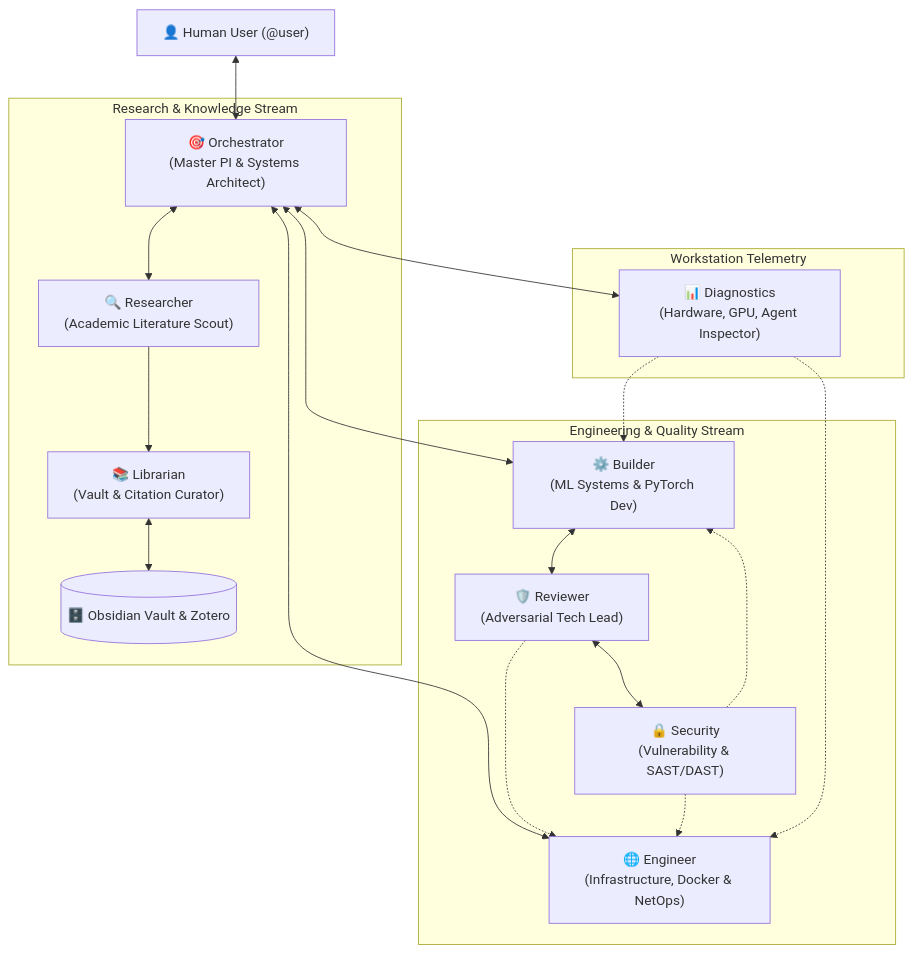
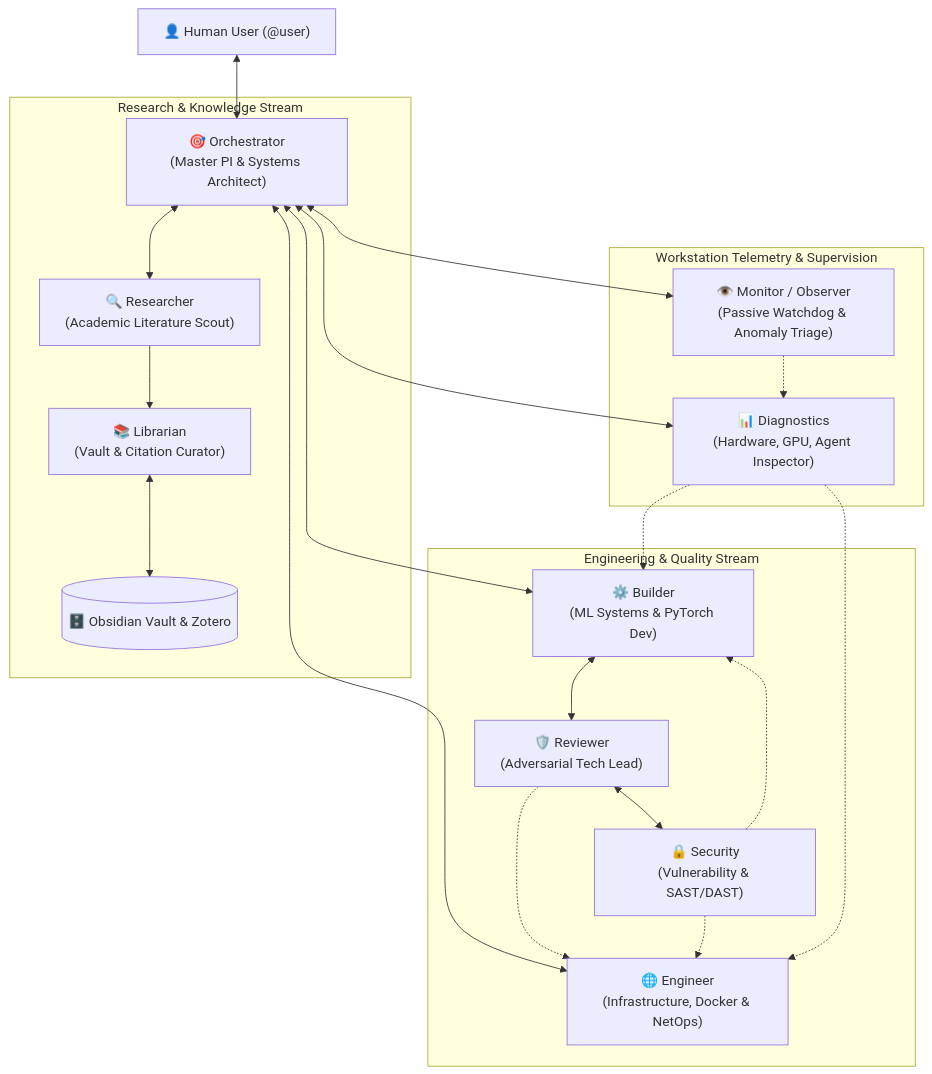
The diagram in README.md (rafifmalikdzaki/hermes-agent-bot-mode-starter), drawn with Mermaid before and after one commit. The commit also changed other lines of this file and 4 other files, not shown here.

Commit message:
feat: add monitor/observer specialist bot and update installer

````diff
--- a/README.md
+++ b/README.md
@@ -13,26 +13,28 @@
 ```mermaid
 graph TD
     User["👤 Human User (@user)"] <--> Orch["🎯 Orchestrator<br/>(Master PI & Systems Architect)"]
     
     subgraph "Research & Knowledge Stream"
         Orch <--> Res["🔍 Researcher<br/>(Academic Literature Scout)"]
         Res --> Lib["📚 Librarian<br/>(Vault & Citation Curator)"]
         Lib <--> Vault[("🗄️ Obsidian Vault & Zotero")]
     end
     
     subgraph "Engineering & Quality Stream"
         Orch <--> Bld["⚙️ Builder<br/>(ML Systems & PyTorch Dev)"]
         Bld <--> Rev["🛡️ Reviewer<br/>(Adversarial Tech Lead)"]
         Orch <--> Eng["🌐 Engineer<br/>(Infrastructure, Docker & NetOps)"]
         Rev -.-> Eng
         Rev <--> Sec["🔒 Security<br/>(Vulnerability & SAST/DAST)"]
         Sec -.-> Eng
         Sec -.-> Bld
     end
     
-    subgraph "Workstation Telemetry"
+    subgraph "Workstation Telemetry & Supervision"
         Orch <--> Diag["📊 Diagnostics<br/>(Hardware, GPU, Agent Inspector)"]
         Diag -.-> Bld
         Diag -.-> Eng
+        Orch <--> Mon["👁️ Monitor / Observer<br/>(Passive Watchdog & Anomaly Triage)"]
+        Mon -.-> Diag
     end
 ```
````
